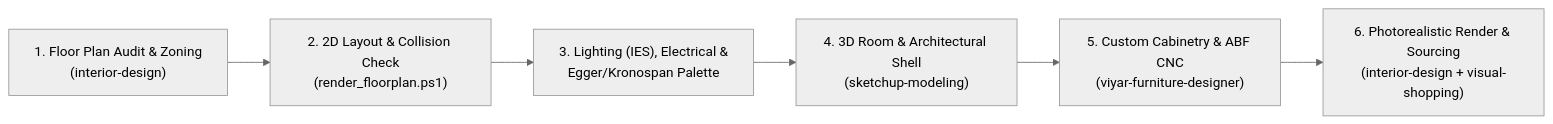
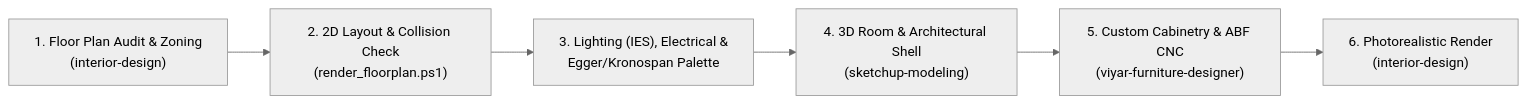
One commit to Lakretta/sketsh-up-skills changed the diagram in README.md. Above: the diagram before and after it, drawn with Mermaid (neutral theme). The commit also changed other lines of this file and 244 other files, not shown here.

Commit message:
Remove web and UI design skills; keep only Architecture, Interior Design, and SketchUp skills

````diff
--- a/README.md
+++ b/README.md
@@ -36,8 +19,8 @@
 ```mermaid
 flowchart LR
     A["1. Floor Plan Audit & Zoning\n(interior-design)"] --> B["2. 2D Layout & Collision Check\n(render_floorplan.ps1)"]
     B --> C["3. Lighting (IES), Electrical &\nEgger/Kronospan Palette"]
     C --> D["4. 3D Room & Architectural Shell\n(sketchup-modeling)"]
     D --> E["5. Custom Cabinetry & ABF CNC\n(viyar-furniture-designer)"]
-    E --> F["6. Photorealistic Render & Sourcing\n(interior-design + visual-shopping)"]
+    E --> F["6. Photorealistic Render\n(interior-design)"]
 ```
````
